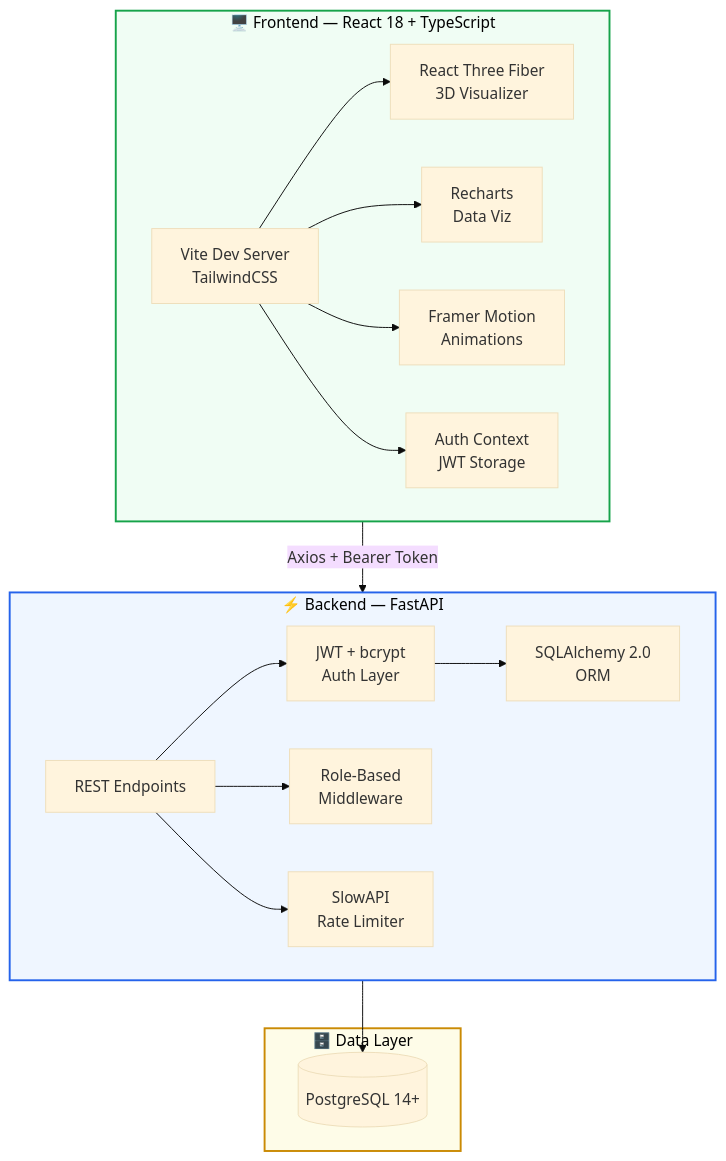
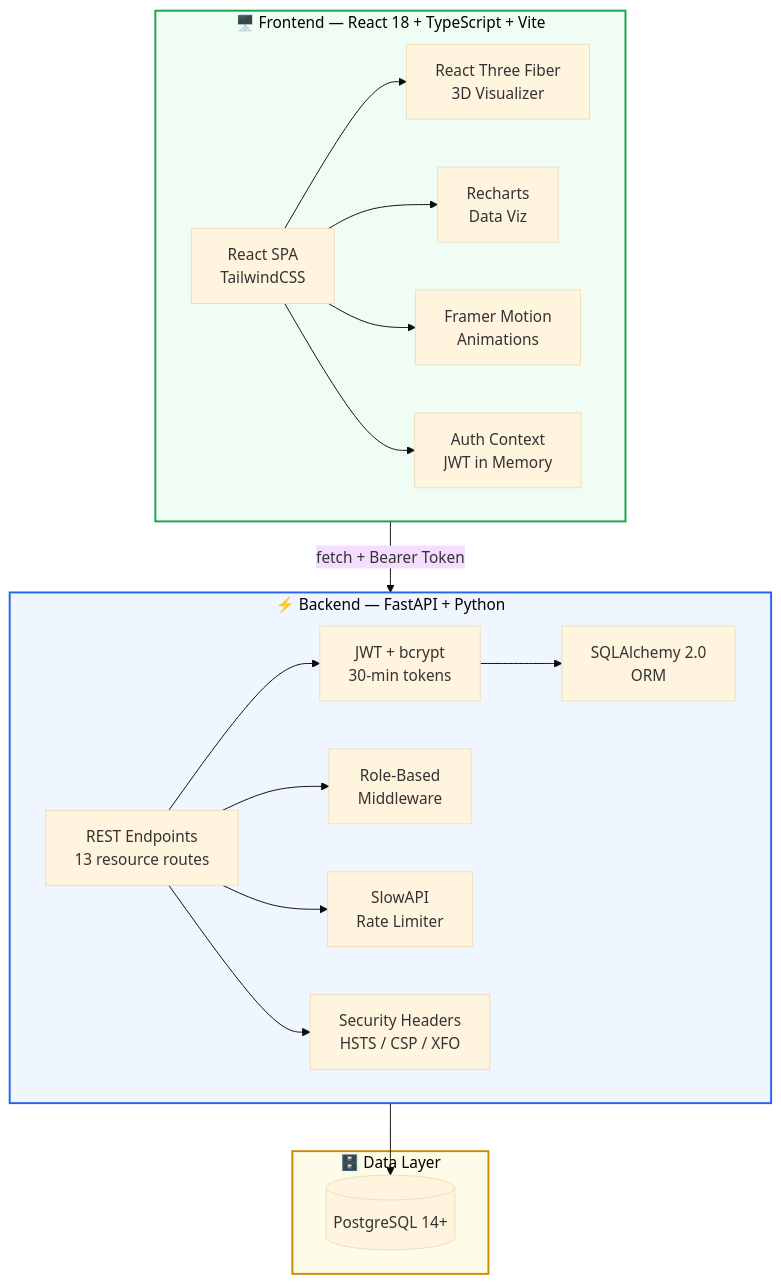
The first of 5 diagrams in README.md (omrajput14/agriflow), drawn with Mermaid (base theme) before and after one commit. The commit also changed other lines of this file and 1 other file, not shown here.

````diff
--- a/README.md
+++ b/README.md
@@ -181,29 +201,30 @@
 ```mermaid
 graph TB
-    subgraph Client ["🖥️ Frontend — React 18 + TypeScript"]
+    subgraph Client ["🖥️ Frontend — React 18 + TypeScript + Vite"]
         direction LR
-        UI[Vite Dev Server<br/>TailwindCSS] --> R3F[React Three Fiber<br/>3D Visualizer]
+        UI[React SPA<br/>TailwindCSS] --> R3F[React Three Fiber<br/>3D Visualizer]
         UI --> RC[Recharts<br/>Data Viz]
         UI --> FM[Framer Motion<br/>Animations]
-        UI --> AC[Auth Context<br/>JWT Storage]
+        UI --> AC[Auth Context<br/>JWT in Memory]
     end
 
-    subgraph Server ["⚡ Backend — FastAPI"]
+    subgraph Server ["⚡ Backend — FastAPI + Python"]
         direction LR
-        API[REST Endpoints] --> AUTH[JWT + bcrypt<br/>Auth Layer]
+        API[REST Endpoints<br/>13 resource routes] --> AUTH[JWT + bcrypt<br/>30-min tokens]
         API --> RBAC[Role-Based<br/>Middleware]
         API --> RL[SlowAPI<br/>Rate Limiter]
+        API --> SEC[Security Headers<br/>HSTS / CSP / XFO]
         AUTH --> ORM[SQLAlchemy 2.0<br/>ORM]
     end
 
     subgraph Data ["🗄️ Data Layer"]
         DB[(PostgreSQL 14+)]
     end
 
-    AC -->|"Axios + Bearer Token"| API
+    AC -->|"fetch + Bearer Token"| API
     ORM --> DB
 
     style Client fill:#f0fdf4,stroke:#16a34a,stroke-width:2px,color:#000
     style Server fill:#eff6ff,stroke:#2563eb,stroke-width:2px,color:#000
     style Data fill:#fefce8,stroke:#ca8a04,stroke-width:2px,color:#000
 ```
````
